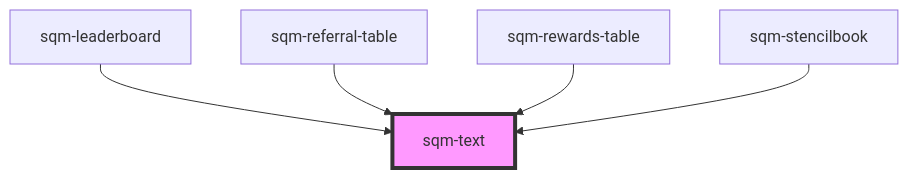
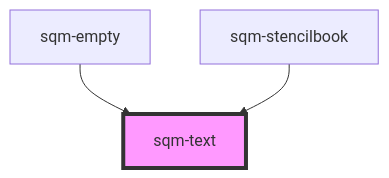
One commit to saasquatch/program-tools changed the diagram in packages/mint-components/src/components/sqm-text/readme.md. Above: the diagram before and after it, drawn with Mermaid. The commit also changed other lines of this file and 33 other files, not shown here.

````diff
--- a/packages/mint-components/src/components/sqm-text/readme.md
+++ b/packages/mint-components/src/components/sqm-text/readme.md
@@ -18,8 +16,6 @@
 ```mermaid
 graph TD;
-  sqm-leaderboard --> sqm-text
-  sqm-referral-table --> sqm-text
-  sqm-rewards-table --> sqm-text
+  sqm-empty --> sqm-text
   sqm-stencilbook --> sqm-text
   style sqm-text fill:#f9f,stroke:#333,stroke-width:4px
 ```
````
